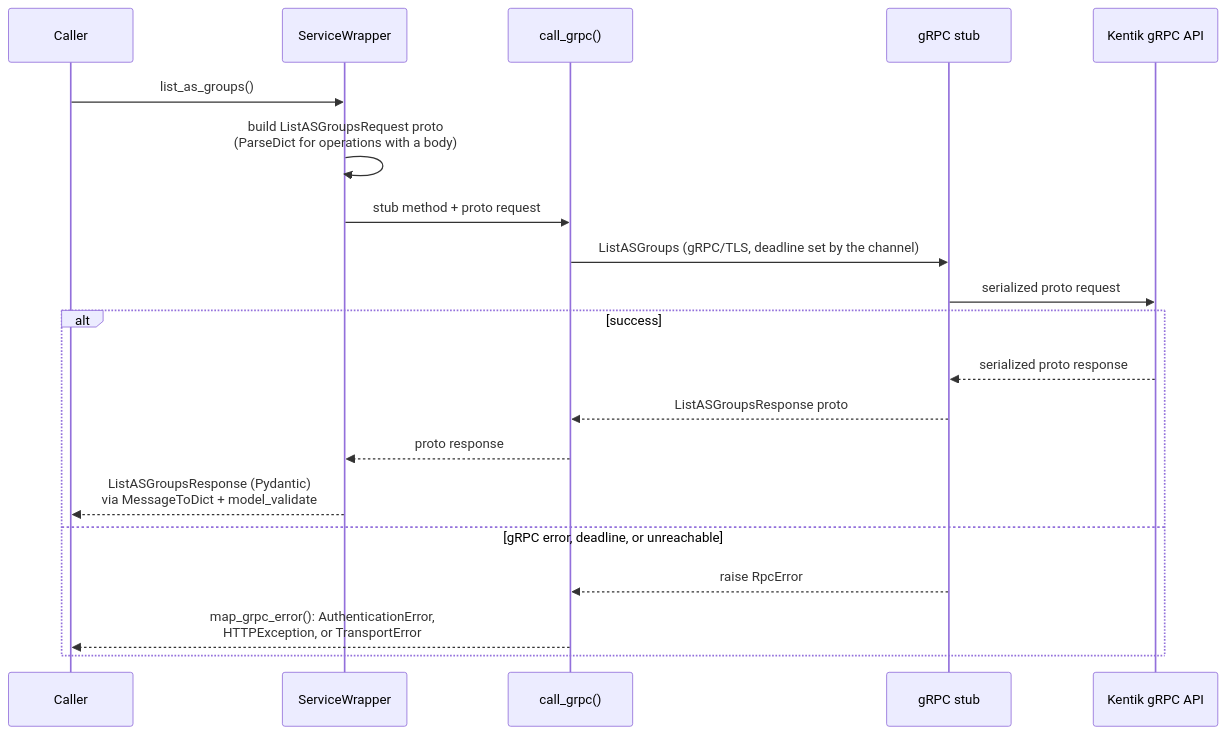
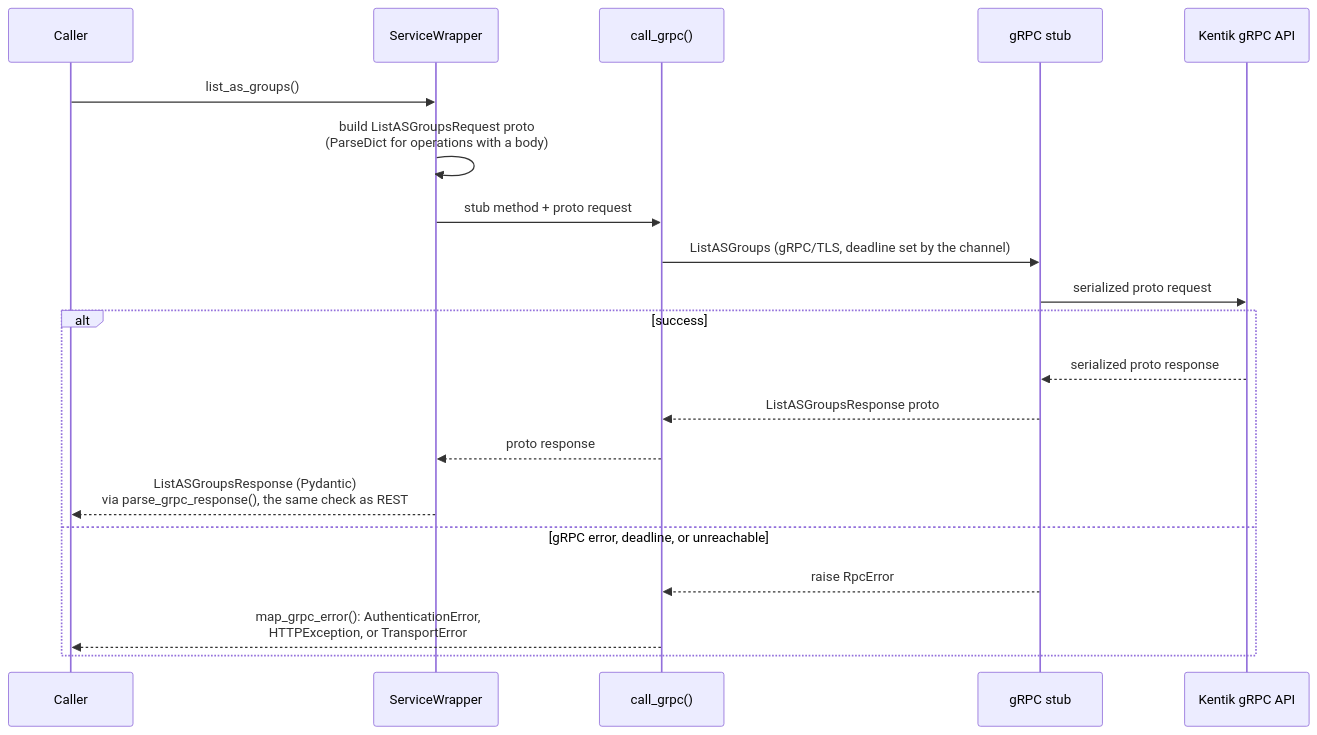
The second of 2 diagrams in docs/sphinx/guides/grpc.md (alexdearaujo/community_sdk_python), drawn with Mermaid before and after one commit. The commit also changed 83 other files, not shown here.

Commit message:
test: parse full proto-shaped responses; gRPC validates like REST (T1)

````diff
--- a/docs/sphinx/guides/grpc.md
+++ b/docs/sphinx/guides/grpc.md
@@ -69,23 +69,23 @@
 ```mermaid
 sequenceDiagram
     participant C as Caller
     participant W as ServiceWrapper
     participant CG as call_grpc()
     participant S as gRPC stub
     participant API as Kentik gRPC API
 
     C->>W: list_as_groups()
     W->>W: build ListASGroupsRequest proto<br/>(ParseDict for operations with a body)
     W->>CG: stub method + proto request
     CG->>S: ListASGroups (gRPC/TLS, deadline set by the channel)
     S->>API: serialized proto request
     alt success
         API-->>S: serialized proto response
         S-->>CG: ListASGroupsResponse proto
         CG-->>W: proto response
-        W-->>C: ListASGroupsResponse (Pydantic)<br/>via MessageToDict + model_validate
+        W-->>C: ListASGroupsResponse (Pydantic)<br/>via parse_grpc_response(), the same check as REST
     else gRPC error, deadline, or unreachable
         S-->>CG: raise RpcError
         CG-->>C: map_grpc_error(): AuthenticationError,<br/>HTTPException, or TransportError
     end
 ```
````
